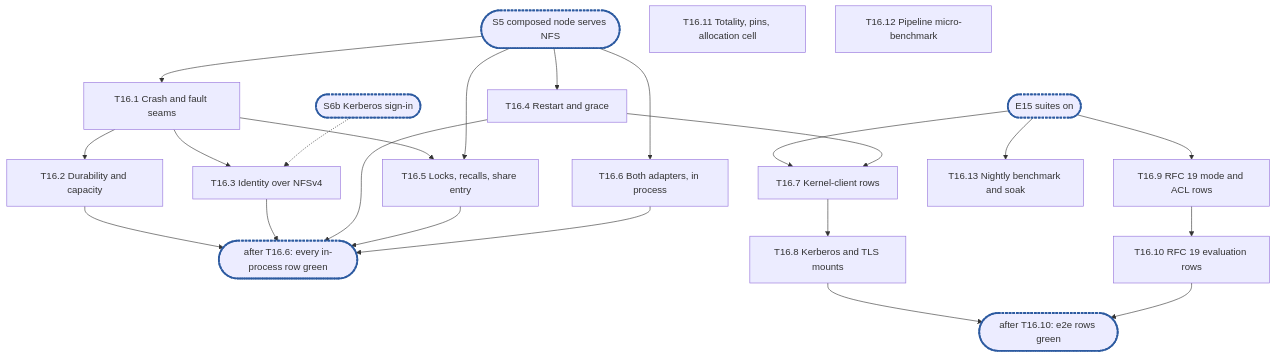
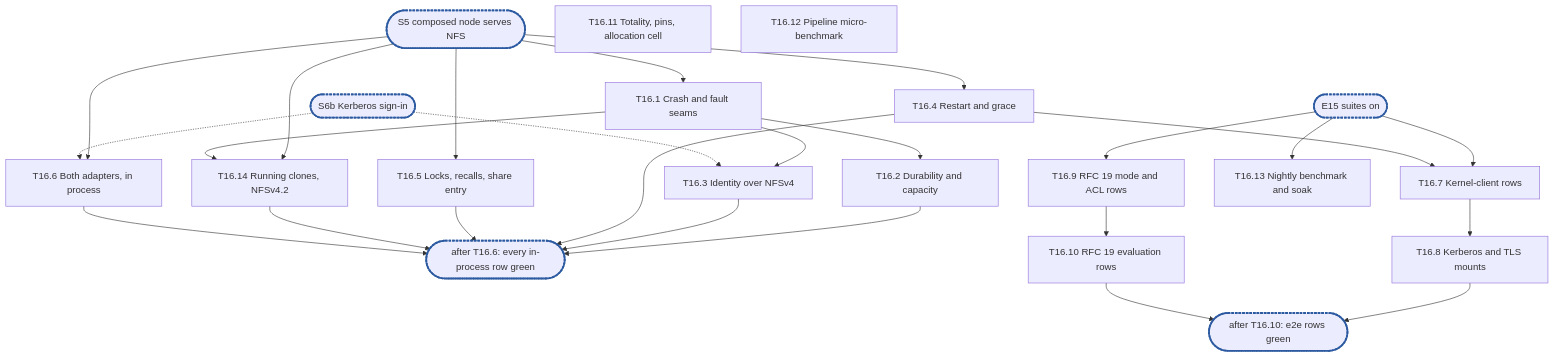
Before and after one commit to cubbit/dittofs: the diagram in .planning/rfc-21-nfs-epic16.md, drawn with Mermaid. The commit also changed other lines of this file, not shown here.

````diff
--- a/.planning/rfc-21-nfs-epic16.md
+++ b/.planning/rfc-21-nfs-epic16.md
@@ -676,21 +735,23 @@
 ```mermaid
 flowchart TD
   S5(["S5 composed node serves NFS"]):::sync --> T16_1["T16.1 Crash and fault seams"]
   T16_1 --> T16_2["T16.2 Durability and capacity"]
   T16_1 --> T16_3["T16.3 Identity over NFSv4"]
-  T16_1 --> T16_5
   S6b(["S6b Kerberos sign-in"]):::sync -.-> T16_3
   S5 --> T16_4["T16.4 Restart and grace"]
   S5 --> T16_5["T16.5 Locks, recalls, share entry"]
+  S5 --> T16_14["T16.14 Running clones, NFSv4.2"]
+  T16_1 --> T16_14
   S5 --> T16_6["T16.6 Both adapters, in process"]
-  T16_2 & T16_3 & T16_4 & T16_5 & T16_6 --> C1(["after T16.6: every in-process row green"]):::sync
+  S6b -.-> T16_6
+  T16_2 & T16_3 & T16_4 & T16_5 & T16_14 & T16_6 --> C1(["after T16.6: every in-process row green"]):::sync
   E15(["E15 suites on"]):::sync --> T16_7["T16.7 Kernel-client rows"]
   T16_4 --> T16_7
   T16_7 --> T16_8["T16.8 Kerberos and TLS mounts"]
   E15 --> T16_9["T16.9 RFC 19 mode and ACL rows"] --> T16_10["T16.10 RFC 19 evaluation rows"]
   T16_8 & T16_10 --> C2(["after T16.10: e2e rows green"]):::sync
   T16_11["T16.11 Totality, pins, allocation cell"]
   T16_12["T16.12 Pipeline micro-benchmark"]
   E15 --> T16_13["T16.13 Nightly benchmark and soak"]
   classDef sync stroke:#2c5aa0,stroke-width:3px,stroke-dasharray:4 2
 ```
````
